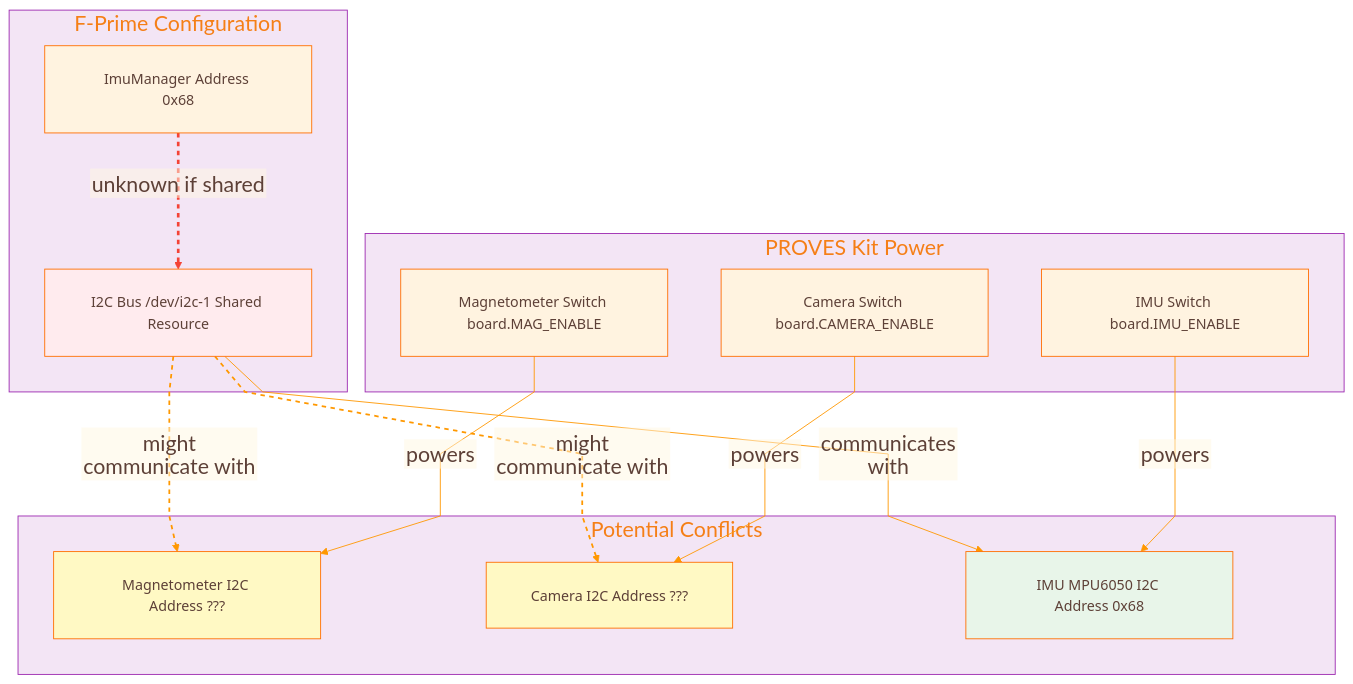
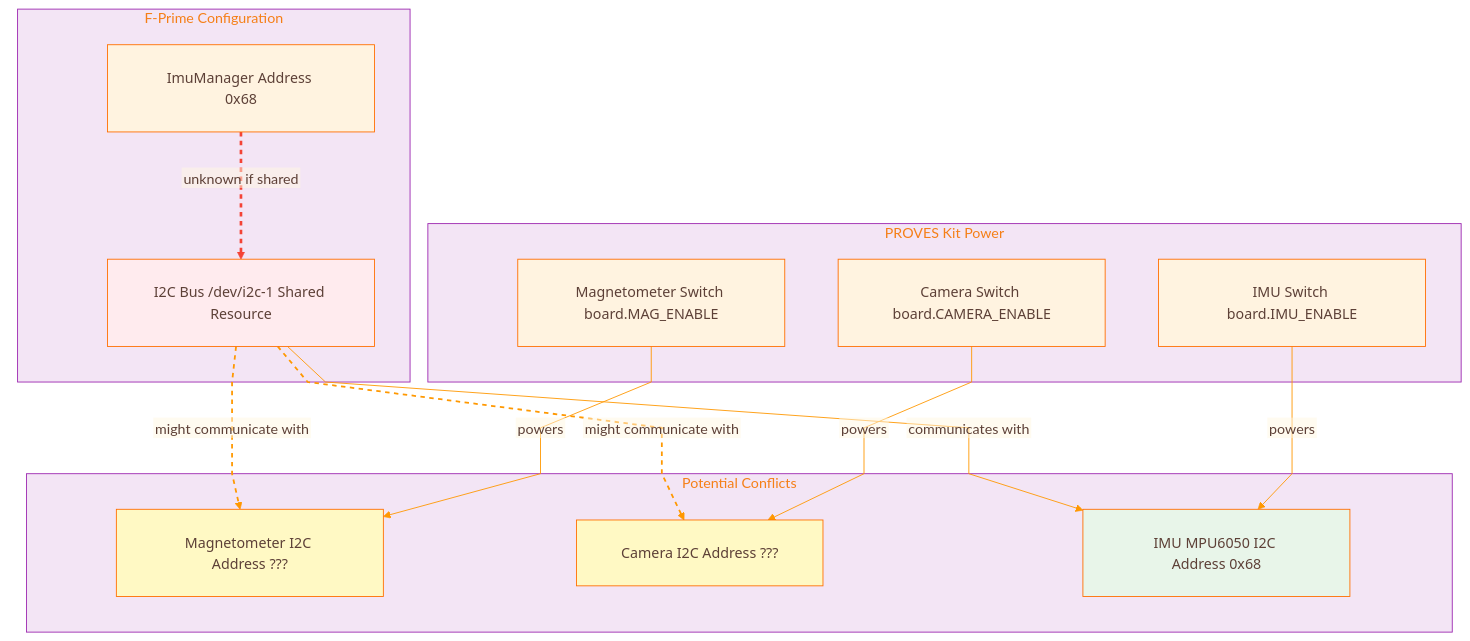
One commit to Lizo-RoadTown/PROVES_LIBRARY changed the third of 6 diagrams in docs/diagrams/cross-system.md. Above: the diagram before and after it, drawn with Mermaid. The commit also changed other lines of this file and 6 other files, not shown here.

````diff
--- a/docs/diagrams/cross-system.md
+++ b/docs/diagrams/cross-system.md
@@ -584,7 +588,7 @@
 ---
 config:
   theme: base
-  fontSize: 20
+  fontSize: 16
   themeCSS: |
     .node rect, .cluster rect, .edgePath path { transition: filter 0.2s ease, stroke-width: 0.2s ease; }
     .node:hover rect, .cluster:hover rect, .edgePath:hover path { filter: drop-shadow(0 0 8px rgba(0,0,0,0.35)); stroke-width: 3px; }
@@ -604,7 +608,7 @@
     textColor: '#5D4037'
     lineColor: '#FF9800'
     fontFamily: '"Segoe UI", Tahoma, Geneva, Verdana, sans-serif'
-    fontSize: '24px'
+    fontSize: '16px'
     nodeBorder: '#FF6F00'
     mainBkg: '#FFF3E0'
     clusterBkg: '#F3E5F5'
@@ -660,7 +664,7 @@
     attributeBackgroundColorOdd: '#FFF8E1'
     attributeBackgroundColorEven: '#FFF3E0'
   gantt:
-    fontSize: 20
+    fontSize: 16
     barHeight: 24
     barGap: 6
     topPadding: 50
@@ -767,17 +771,20 @@
 ---
 flowchart TB
     subgraph "F-Prime Configuration"
+        spacer19[ ]:::spacer
         IM_ADDR[ImuManager Address 0x68]
         BUS["I2C Bus /dev/i2c-1 Shared Resource"]
     end
 
     subgraph "PROVES Kit Power"
+        spacer20[ ]:::spacer
         IMU_SW[IMU Switch board.IMU_ENABLE]
         MAG_SW[Magnetometer Switch board.MAG_ENABLE]
         CAM_SW[Camera Switch board.CAMERA_ENABLE]
     end
 
     subgraph "Potential Conflicts"
+        spacer21[ ]:::spacer
         MAG_HW[Magnetometer I2C Address ???]
         CAM_HW[Camera I2C Address ???]
         IMU_HW[IMU MPU6050 I2C Address 0x68]
@@ -803,4 +810,5 @@
     %% Font sizing classes for consistency
     classDef default font-size:16px,font-family:Segoe UI,Tahoma,Geneva,Verdana,sans-serif;
     classDef diamond font-size:14px,font-family:Segoe UI,Tahoma,Geneva,Verdana,sans-serif;
+    classDef spacer fill:none,stroke:none,color:transparent,width:1px,height:1px;
 ```
````
